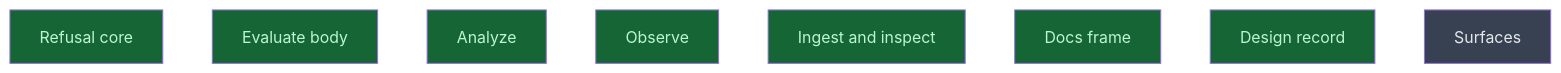
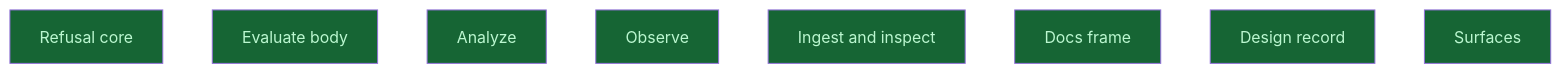
The diagram in __roadmap__/m3-lean-cli/verbs/README.md (CrackingShells/Candler), drawn with Mermaid before and after one commit. The commit also changed other lines of this file and 2 other files, not shown here.

Commit message:
rdm(cli): mark the verbs of the lean cli done

````diff
--- a/__roadmap__/m3-lean-cli/verbs/README.md
+++ b/__roadmap__/m3-lean-cli/verbs/README.md
@@ -28,16 +28,16 @@
 ```mermaid
 graph TD
     refusal_core[Refusal core]:::done
     evaluate_body[Evaluate body]:::done
     analyze[Analyze]:::done
     observe[Observe]:::done
     ingest_inspect[Ingest and inspect]:::done
     docs_frame[Docs frame]:::done
     design_record[Design record]:::done
-    surfaces[Surfaces]:::planned
+    surfaces[Surfaces]:::done
     classDef done       fill:#166534,color:#bbf7d0
     classDef inprogress fill:#854d0e,color:#fef08a
     classDef planned    fill:#374151,color:#e5e7eb
     classDef amendment  fill:#1e3a5f,color:#bfdbfe
     classDef blocked    fill:#7f1d1d,color:#fecaca
 ```
````
